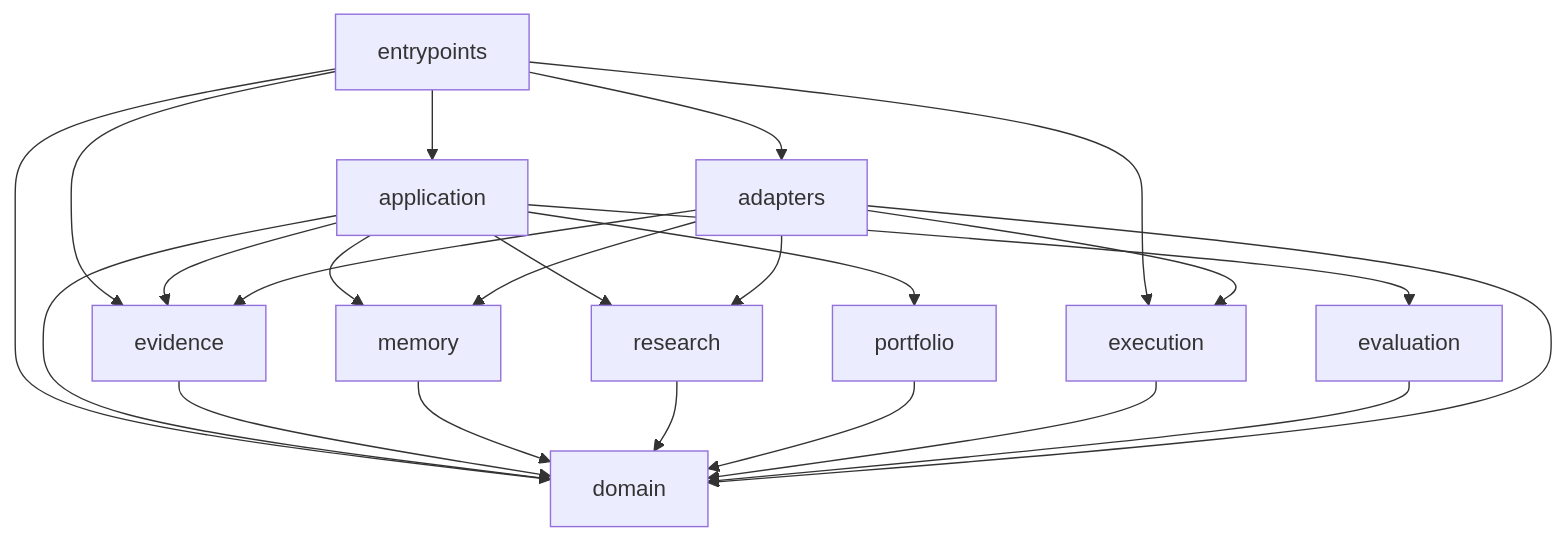
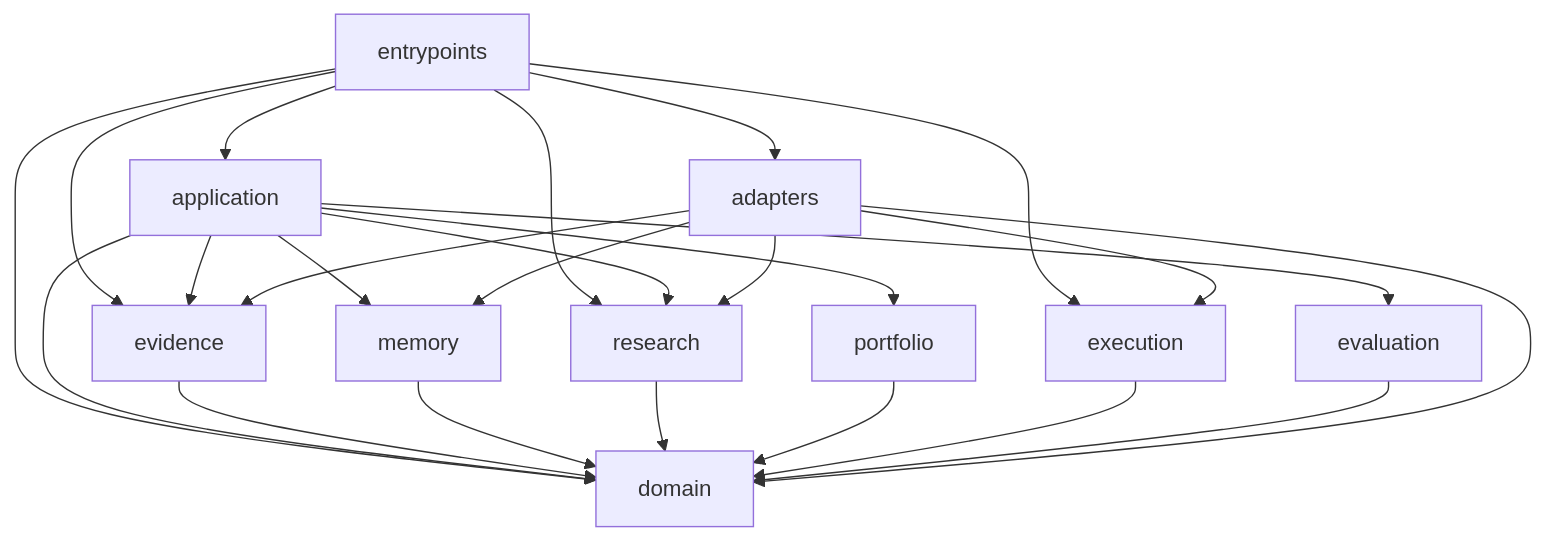
One commit to investlink-ai/agentic_investment_os changed the diagram in docs/module-graph.md. Above: the diagram before and after it, drawn with Mermaid. The commit also changed other lines of this file and 16 other files, not shown here.

````diff
--- a/docs/module-graph.md
+++ b/docs/module-graph.md
@@ -14,28 +14,29 @@
 ```mermaid
 flowchart TD
     entrypoints --> application
     entrypoints --> domain
     entrypoints --> execution
     entrypoints --> adapters
     entrypoints --> evidence
+    entrypoints --> research
 
     application --> evidence
     application --> memory
     application --> research
     application --> portfolio
     application --> evaluation
     application --> domain
 
     evidence --> domain
     memory --> domain
     research --> domain
     portfolio --> domain
     execution --> domain
     evaluation --> domain
 
     adapters --> domain
     adapters --> evidence
     adapters --> memory
     adapters --> research
     adapters --> execution
 ```
````
